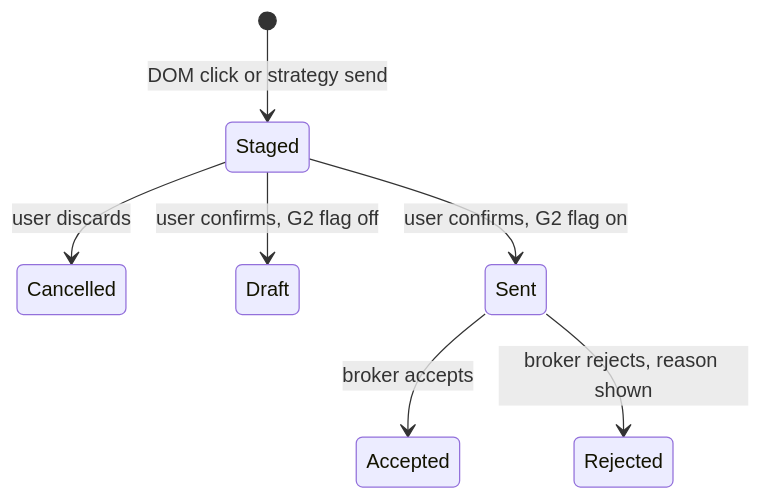
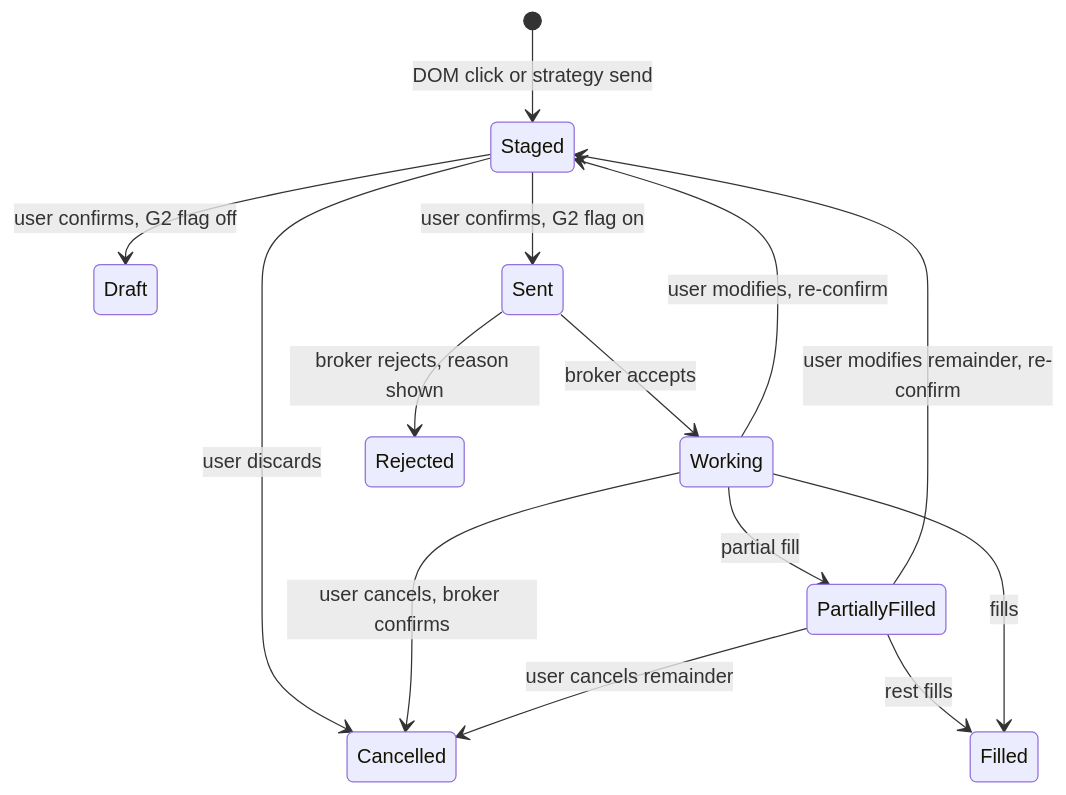
The sixth of 6 diagrams in docs/plans/2026-11-13-2300-feat-axiom-charts-plan.md (code4kunal/axiom-desk), drawn with Mermaid before and after one commit. The commit also changed other lines of this file, not shown here.

First line of the commit message:
docs(charts): record the six accepted review decisions

````diff
--- a/docs/plans/2026-11-13-2300-feat-axiom-charts-plan.md
+++ b/docs/plans/2026-11-13-2300-feat-axiom-charts-plan.md
@@ -484,9 +485,16 @@
 ```mermaid
 stateDiagram-v2
   [*] --> Staged: DOM click or strategy send
   Staged --> Cancelled: user discards
   Staged --> Draft: user confirms, G2 flag off
   Staged --> Sent: user confirms, G2 flag on
-  Sent --> Accepted: broker accepts
+  Sent --> Working: broker accepts
   Sent --> Rejected: broker rejects, reason shown
+  Working --> PartiallyFilled: partial fill
+  PartiallyFilled --> Filled: rest fills
+  Working --> Filled: fills
+  Working --> Staged: user modifies, re-confirm
+  PartiallyFilled --> Staged: user modifies remainder, re-confirm
+  Working --> Cancelled: user cancels, broker confirms
+  PartiallyFilled --> Cancelled: user cancels remainder
 ```
````
